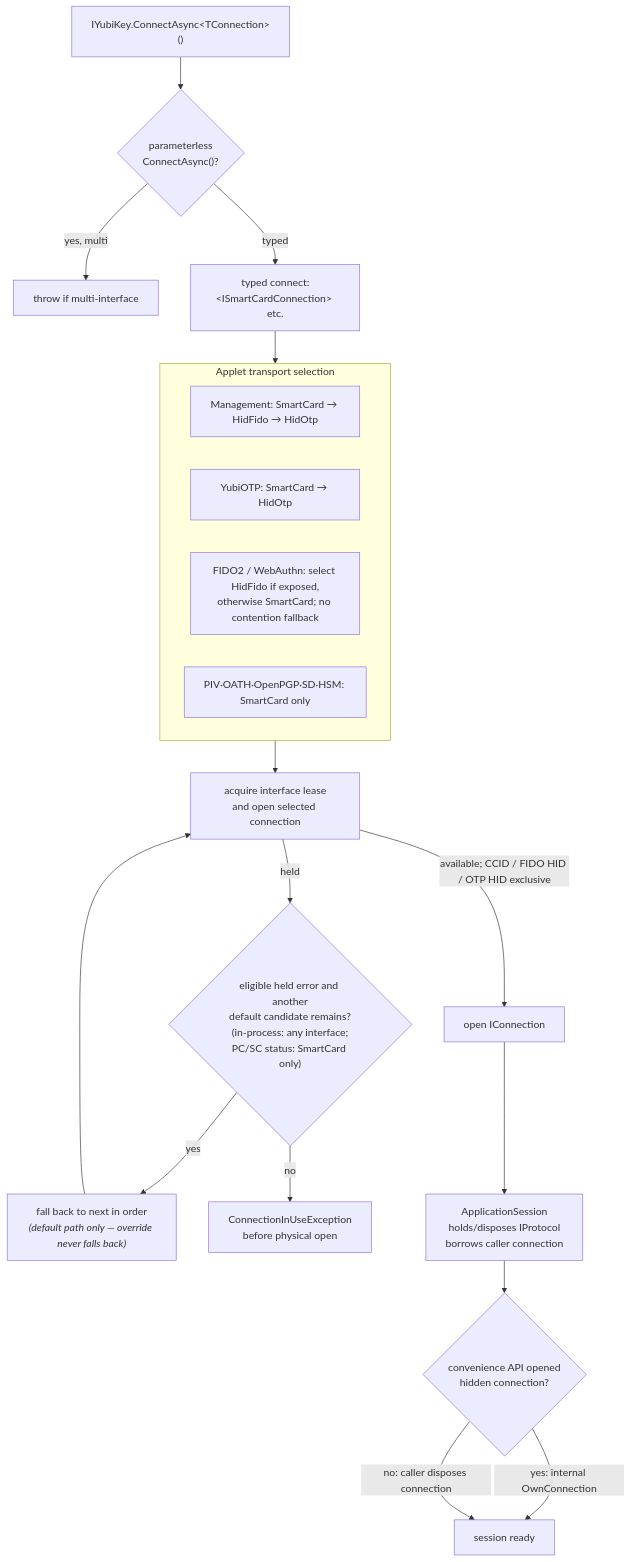
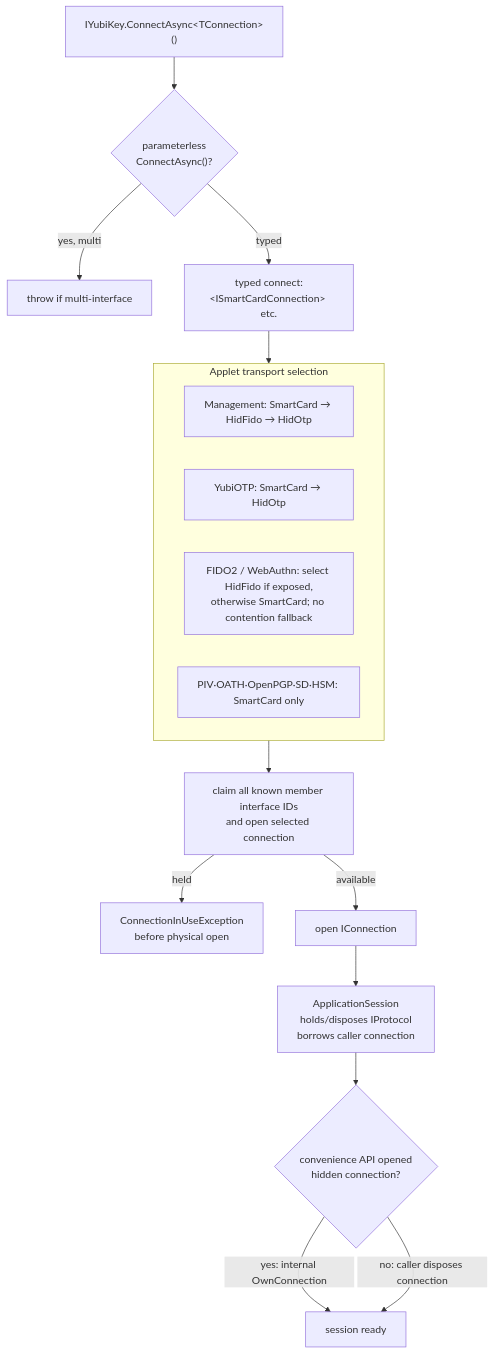
The seventh of 7 diagrams in docs/architecture/sdk-architecture-diagrams.md (Yubico/Yubico.NET.SDK), drawn with Mermaid before and after one commit. The commit also changed other lines of this file and 29 other files, not shown here.

Commit message:
docs(architecture): document connection and session ownership

````diff
--- a/docs/architecture/sdk-architecture-diagrams.md
+++ b/docs/architecture/sdk-architecture-diagrams.md
@@ -325,36 +325,32 @@
 ```mermaid
 flowchart TD
     Dev["IYubiKey.ConnectAsync&lt;TConnection&gt;()"]
     Q{"parameterless<br/>ConnectAsync()?"}
     Throw["throw if multi-interface"]
     Typed["typed connect:<br/>&lt;ISmartCardConnection&gt; etc."]
 
     subgraph Applet["Applet transport selection"]
         M["Management: SmartCard → HidFido → HidOtp"]
         O["YubiOTP: SmartCard → HidOtp"]
         F["FIDO2 / WebAuthn: select HidFido if exposed,<br/>otherwise SmartCard; no contention fallback"]
         S["PIV·OATH·OpenPGP·SD·HSM: SmartCard only"]
     end
 
-    Attempt["acquire interface lease<br/>and open selected connection"]
-    FB{"eligible held error and another<br/>default candidate remains?<br/>(in-process: any interface;<br/>PC/SC status: SmartCard only)"}
-    Fallback["fall back to next in order<br/><i>(default path only — override never falls back)</i>"]
+    Attempt["claim all known member interface IDs<br/>and open selected connection"]
     Refuse["ConnectionInUseException<br/>before physical open"]
     Conn["open IConnection"]
     Session["ApplicationSession<br/>holds/disposes IProtocol<br/>borrows caller connection"]
     Own{"convenience API opened<br/>hidden connection?"}
     Ready["session ready"]
 
     Dev --> Q
     Q -->|yes, multi| Throw
     Q -->|typed| Typed
     Typed --> Applet
     Applet --> Attempt
-    Attempt -->|held| FB
-    FB -->|yes| Fallback --> Attempt
-    FB -->|no| Refuse
-    Attempt -->|available; CCID / FIDO HID / OTP HID exclusive| Conn
+    Attempt -->|held| Refuse
+    Attempt -->|available| Conn
     Conn --> Session --> Own
     Own -->|yes: internal OwnConnection| Ready
     Own -->|no: caller disposes connection| Ready
 ```
````
